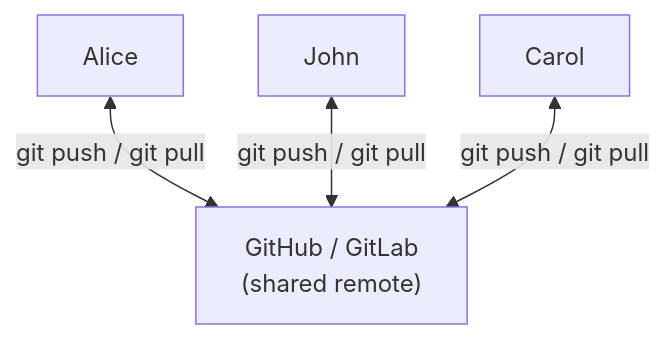
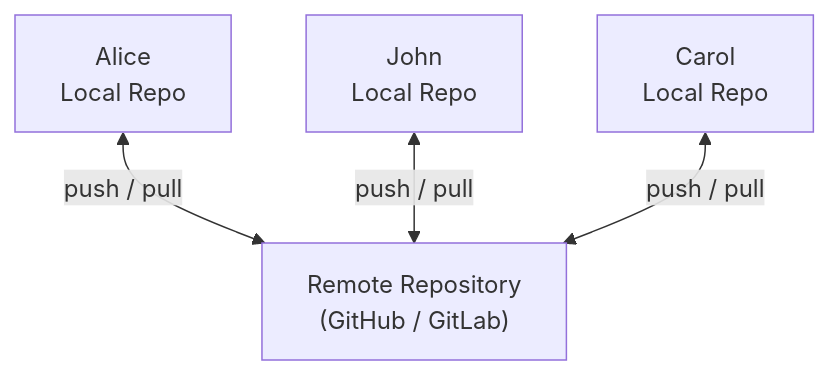
One commit to lizsalmon/iCSC-Git-talk changed the seventh of 8 diagrams in slides.md. Above: the diagram before and after it, drawn with Mermaid. The commit also changed other lines of this file, not shown here.

Commit message:
git workflows simple slides

````diff
--- a/slides.md
+++ b/slides.md
@@ -470,14 +471,13 @@
 ```mermaid
 graph TD
-  Hub["GitHub / GitLab<br/>(shared remote)"]
+  Remote["Remote Repository<br/>(GitHub / GitLab)"]
 
-  DevA["Alice"]
-  DevB["John"]
-  DevC["Carol"]
+  DevA["Alice<br/>Local Repo"]
+  DevB["John<br/>Local Repo"]
+  DevC["Carol<br/>Local Repo"]
 
-  DevA <-->|git push / git pull| Hub
+  DevA <-->|push / pull| Remote
+  DevB <-->|push / pull| Remote
+  DevC <-->|push / pull| Remote
 
-  DevB <-->|git push / git pull| Hub
-
-  DevC <-->|git push / git pull| Hub
 ```
````
